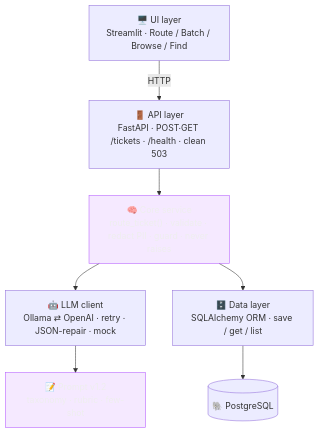
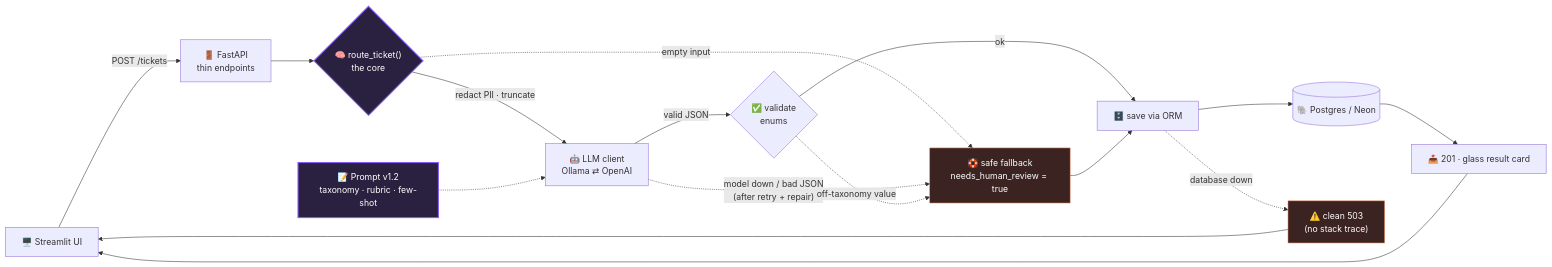
One commit to shahbhavya7/Odyssey-STR changed the first of 2 diagrams in README.md. Above: the diagram before and after it, drawn with Mermaid. The commit also changed other lines of this file, not shown here.

````diff
--- a/README.md
+++ b/README.md
@@ -72,20 +58,27 @@
 ```mermaid
-flowchart TD
-    UI["🖥️ UI layer<br/>Streamlit · Route / Batch / Browse / Find"]
-    API["🚪 API layer<br/>FastAPI · POST·GET /tickets · /health · clean 503"]
-    CORE["🧠 Core service<br/>route_ticket() · validate · redact PII · guard · never raises"]
-    LLM["🤖 LLM client<br/>Ollama ⇄ OpenAI · retry · JSON-repair · mock"]
-    PROMPT["📝 Prompt v1.2<br/>taxonomy · rubric · few-shot"]
-    DATA["🗄️ Data layer<br/>SQLAlchemy ORM · save / get / list"]
-    DB[("🐘 PostgreSQL")]
+flowchart LR
+    U["🖥️ Streamlit UI"] -->|POST /tickets| A["🚪 FastAPI<br/>thin endpoints"]
+    A --> C{"🧠 route_ticket()<br/>the core"}
 
-    UI -->|HTTP| API
-    API --> CORE
-    CORE --> LLM
-    LLM --> PROMPT
-    CORE --> DATA
-    DATA --> DB
+    C -->|"redact PII · truncate"| L["🤖 LLM client<br/>Ollama ⇄ OpenAI"]
+    P["📝 Prompt v1.2<br/>taxonomy · rubric · few-shot"] -.-> L
 
-    classDef star fill:#B65CFF22,stroke:#B65CFF,color:#eee;
-    class CORE,PROMPT star;
+    L -->|valid JSON| V{"✅ validate<br/>enums"}
+    V -->|ok| S["🗄️ save via ORM"]
+    S --> DB[("🐘 Postgres / Neon")]
+    DB --> OK["📤 201 · glass result card"]
+    OK --> U
+
+    C -. "empty input" .-> FB["🛟 safe fallback<br/>needs_human_review = true"]
+    L -. "model down / bad JSON<br/>(after retry + repair)" .-> FB
+    V -. "off-taxonomy value" .-> FB
+    FB --> S
+
+    S -. "database down" .-> E["⚠️ clean 503<br/>(no stack trace)"]
+    E --> U
+
+    classDef core fill:#2a2140,stroke:#8A5CF6,stroke-width:2px,color:#fff;
+    classDef fail fill:#3a2320,stroke:#E8845B,color:#fff;
+    class C,P core;
+    class FB,E fail;
 ```
````
